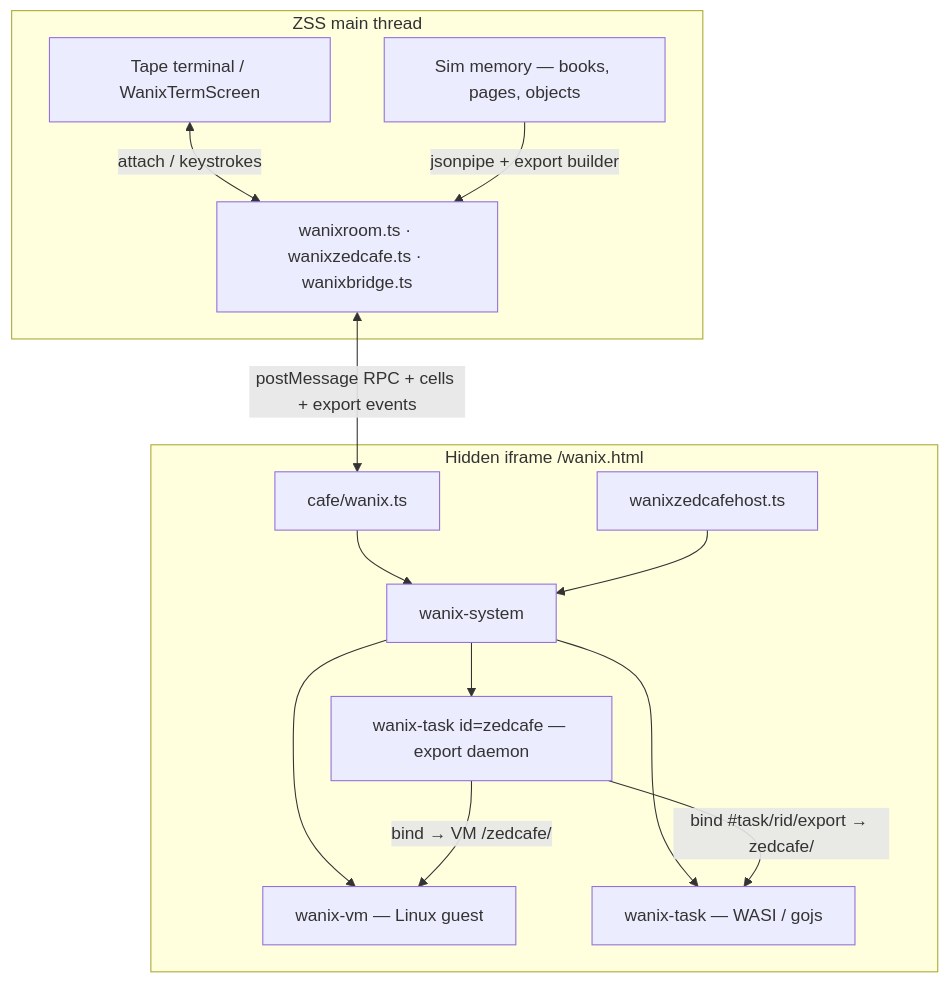
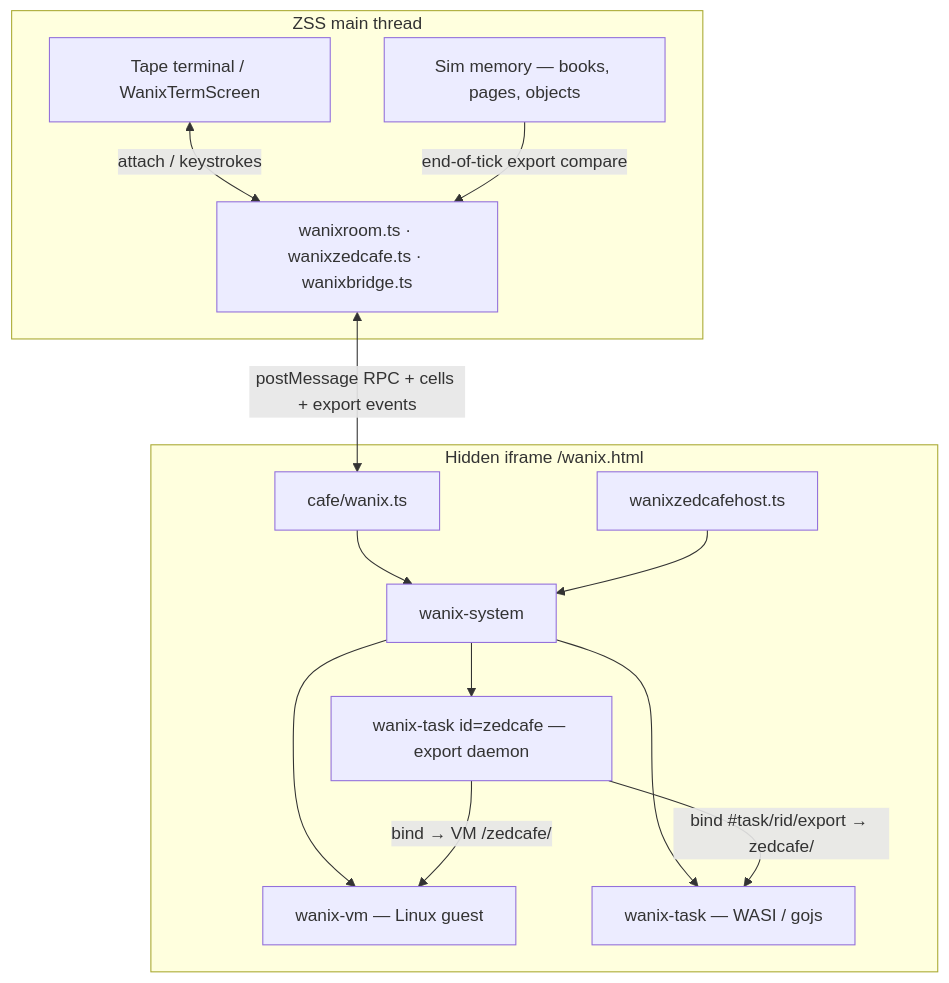
Before and after one commit to goldbuick/zed-software-system: the first of 9 diagrams in zss/feature/wanix/README.md, drawn with Mermaid. The commit also changed other lines of this file and 12 other files, not shown here.

````diff
--- a/zss/feature/wanix/README.md
+++ b/zss/feature/wanix/README.md
@@ -34,25 +34,25 @@
 ```mermaid
 flowchart TB
   subgraph zss_main["ZSS main thread"]
     UI["Tape terminal / WanixTermScreen"]
     Mem["Sim memory — books, pages, objects"]
     Parent["wanixroom.ts · wanixzedcafe.ts · wanixbridge.ts"]
     UI <-- attach / keystrokes --> Parent
-    Mem -->|"jsonpipe + export builder"| Parent
+    Mem -->|"end-of-tick export compare"| Parent
   end
 
   subgraph iframe["Hidden iframe /wanix.html"]
     Cafe["cafe/wanix.ts"]
     Sys["wanix-system"]
     Host["wanixzedcafehost.ts"]
     Cafe --> Sys
     Host --> Sys
     Sys --> VM["wanix-vm — Linux guest"]
     Sys --> Tasks["wanix-task — WASI / gojs"]
     Sys --> ZTask["wanix-task id=zedcafe — export daemon"]
   end
 
   Parent <-->|"postMessage RPC + cells + export events"| Cafe
   ZTask -->|"bind #task/rid/export → zedcafe/"| Tasks
   ZTask -->|"bind → VM /zedcafe/"| VM
 ```
````
